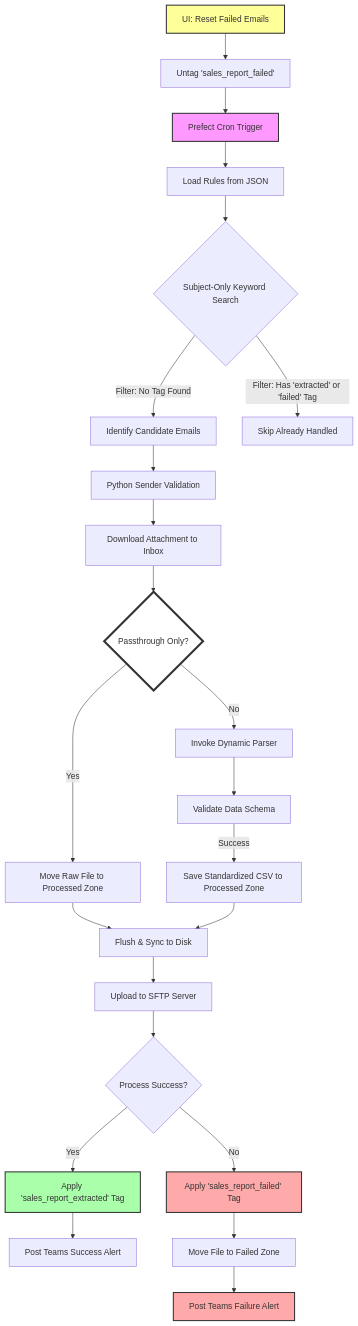
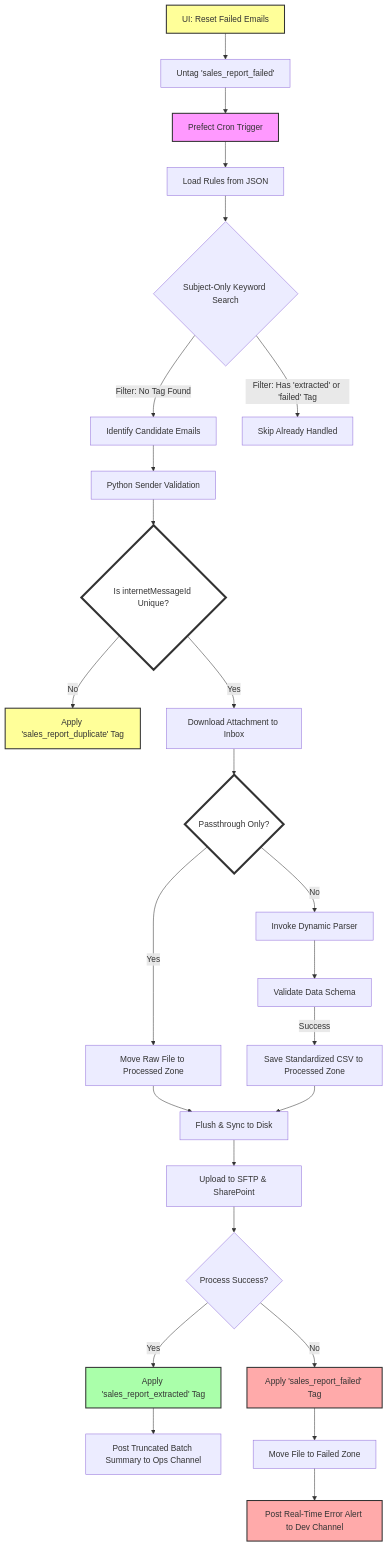
One commit to nateadewynters-prog/prefect-prod changed the diagram in sales_report_extraction/architecture_flow.md. Above: the diagram before and after it, drawn with Mermaid. The commit also changed other lines of this file and 1 other file, not shown here.

Commit message:
updated .md files

````diff
--- a/sales_report_extraction/architecture_flow.md
+++ b/sales_report_extraction/architecture_flow.md
@@ -5,52 +5,54 @@
 ```mermaid
 graph TD
     %% 1. Trigger
     A[Prefect Cron Trigger] --> B[Load Rules from JSON]
     
     %% 2. Search & Filter
     B --> C{Subject-Only Keyword Search}
     C -->|Filter: No Tag Found| D[Identify Candidate Emails]
     D --> E[Python Sender Validation]
+    E --> EE{Is internetMessageId Unique?}
+    EE -->|No| EF[Apply 'sales_report_duplicate' Tag]
+    EE -->|Yes| G[Download Attachment to Inbox]
     C -->|Filter: Has 'extracted' or 'failed' Tag| F[Skip Already Handled]
-    
-    %% 3. Download
-    E --> G[Download Attachment to Inbox]
     
     %% 4. Routing Logic
     G --> H{Passthrough Only?}
     
     %% 5a. Passthrough Path
     H -->|Yes| I[Move Raw File to Processed Zone]
     I --> J[Flush & Sync to Disk]
     
     %% 5b. Standard Path
     H -->|No| K[Invoke Dynamic Parser]
     K --> L[Validate Data Schema]
     L -->|Success| M[Save Standardized CSV to Processed Zone]
     M --> J
     
     %% 6. Delivery
-    J --> N[Upload to SFTP Server]
+    J --> N[Upload to SFTP & SharePoint]
     
     %% 7. Finalize State
     N --> O{Process Success?}
     O -->|Yes| P[Apply 'sales_report_extracted' Tag]
     O -->|No| Q[Apply 'sales_report_failed' Tag]
     
     %% 8. Alerts
-    P --> R[Post Teams Success Alert]
+    P --> R[Post Truncated Batch Summary to Ops Channel]
     Q --> S[Move File to Failed Zone]
-    S --> T[Post Teams Failure Alert]
+    S --> T[Post Real-Time Error Alert to Dev Channel]
     
     %% 9. Retry Loop
     U[UI: Reset Failed Emails] --> V[Untag 'sales_report_failed']
     V --> A
     
     %% Styling
     style A fill:#f9f,stroke:#333,stroke-width:2px
     style P fill:#afa,stroke:#333,stroke-width:2px
     style Q fill:#faa,stroke:#333,stroke-width:2px
     style T fill:#faa,stroke:#333,stroke-width:2px
     style H fill:#fff,stroke:#333,stroke-width:4px
     style U fill:#ff9,stroke:#333,stroke-width:2px
+    style EE fill:#fff,stroke:#333,stroke-width:4px
+    style EF fill:#ff9,stroke:#333,stroke-width:2px
 ```
````
